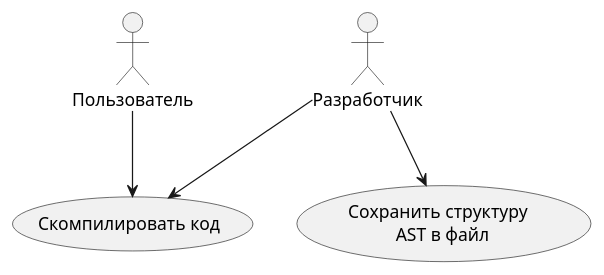
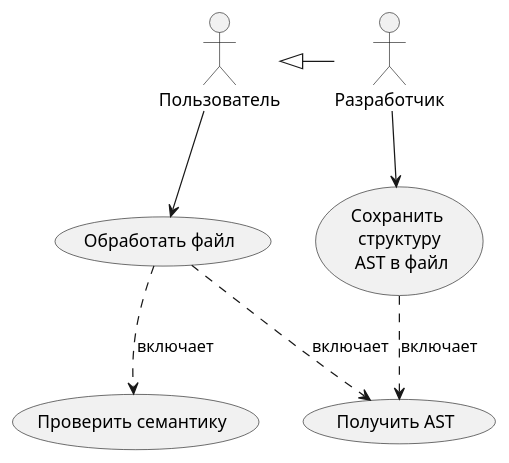
One commit to ITesserakt/Kodept changed the diagram in 04 - ВКРы/2023-2024 - Тема в разработке/src/plantuml/usage.puml. Above: the diagram before and after it, drawn with PlantUML. The commit also changed 18 other files, not shown here.

```diff
--- a/04 - ВКРы/2023-2024 - Тема в разработке/src/plantuml/usage.puml
+++ b/04 - ВКРы/2023-2024 - Тема в разработке/src/plantuml/usage.puml
@@ -1,15 +1,22 @@
 @startuml
 'https://plantuml.com/use-case-diagram
-
 
 :Пользователь: as U
 :Разработчик: as D
 
-(Скомпилировать код) as (Compile)
+(Обработать файл) as (Compile)
+(Сохранить \n структуру \n AST в файл) as (Save)
+(Получить AST) as (AST)
+(Проверить семантику) as (Semantics)
 
-D --> (Compile)
 U --> (Compile)
 
-D --> (Сохранить структуру \n AST в файл)
+(Compile) .right.> (AST): включает
+(Save) ..> (AST): включает
+(Compile) ..> (Semantics): включает
+
+
+D -left-|> U
+D --> (Save)
 
 @enduml
```
